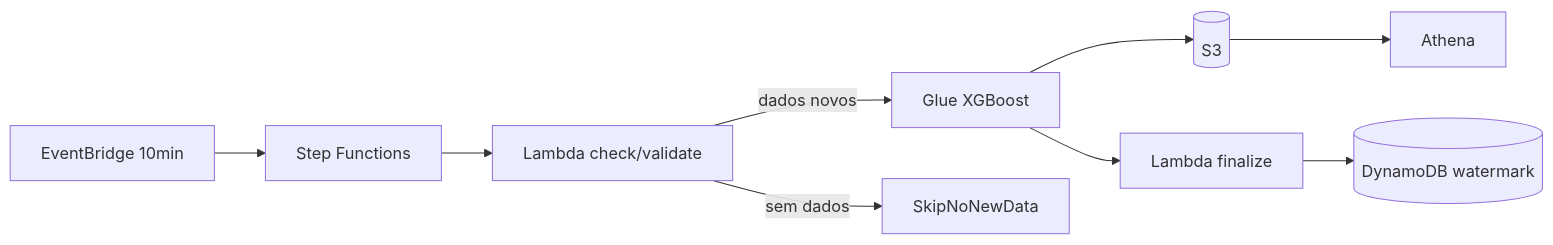
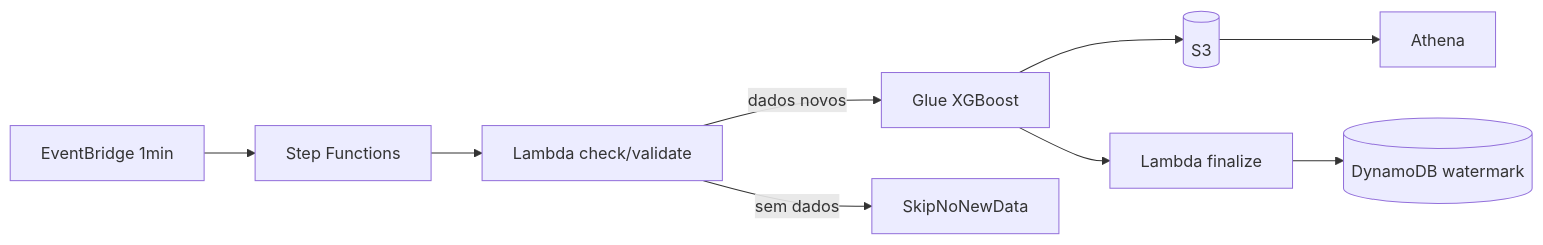
One commit to welligtoncos/ia-aws-regressao changed the diagram in README.md. Above: the diagram before and after it, drawn with Mermaid. The commit also changed other lines of this file and 3 other files, not shown here.

````diff
--- a/README.md
+++ b/README.md
@@ -155,18 +155,18 @@
 ```mermaid
 flowchart LR
-  EB[EventBridge 10min]
+  EB[EventBridge 1min]
   SFN[Step Functions]
   L1[Lambda check/validate]
   G[Glue XGBoost]
   L2[Lambda finalize]
   S3[(S3)]
   ATH[Athena]
   DDB[(DynamoDB watermark)]
 
   EB --> SFN --> L1
   L1 -->|dados novos| G
   L1 -->|sem dados| Skip[SkipNoNewData]
   G --> S3
   G --> L2 --> DDB
   S3 --> ATH
 ```
````
